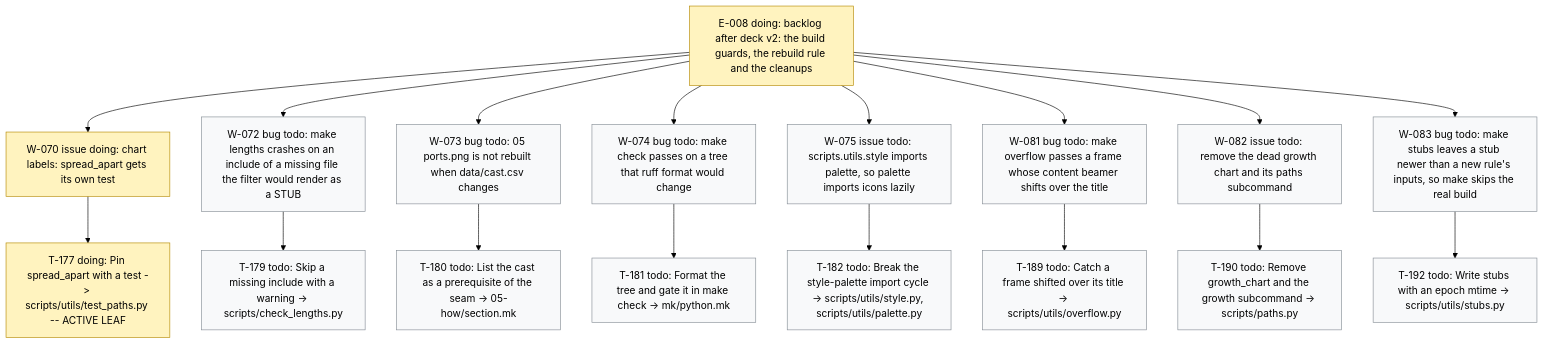
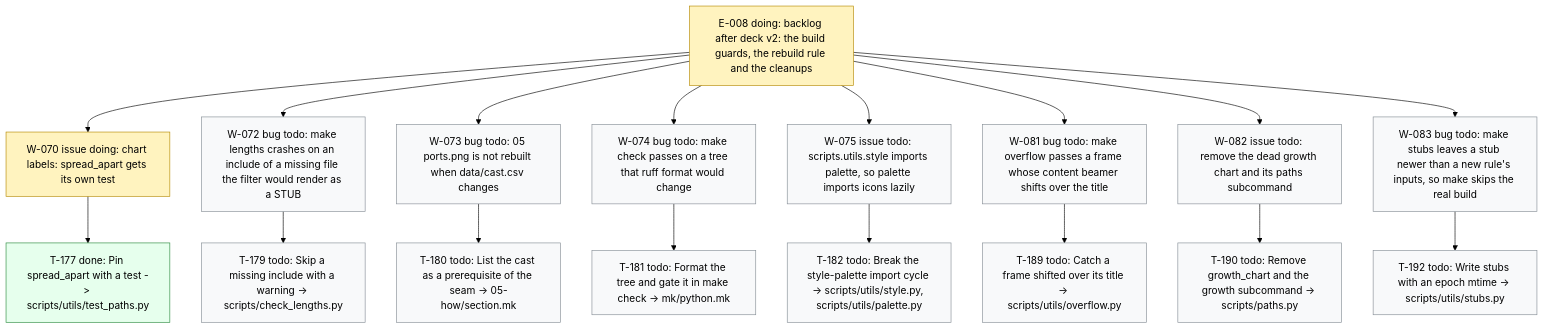
Before and after one commit to dpopchev/chaos-to-simple: the diagram in .board/BOARD.md, drawn with Mermaid (forest theme). The commit also changed other lines of this file and 1 other file, not shown here.

Commit message:
chore(board): close T-177 -- W-070 ready to land
Refs: W-070 T-177

````diff
--- a/.board/BOARD.md
+++ b/.board/BOARD.md
@@ -485,27 +485,28 @@
 ```mermaid
 flowchart TD
   E008["E-008 doing: backlog after deck v2: the build guards, the rebuild rule and the cleanups"]
   E008 --> W070["W-070 issue doing: chart labels: spread_apart gets its own test"]
-  W070 --> T177["T-177 doing: Pin spread_apart with a test -> scripts/utils/test_paths.py -- ACTIVE LEAF"]
+  W070 --> T177["T-177 done: Pin spread_apart with a test -> scripts/utils/test_paths.py"]
   E008 --> W072["W-072 bug todo: make lengths crashes on an include of a missing file the filter would render as a STUB"]
   W072 --> T179["T-179 todo: Skip a missing include with a warning -> scripts/check_lengths.py"]
   E008 --> W073["W-073 bug todo: 05 ports.png is not rebuilt when data/cast.csv changes"]
   W073 --> T180["T-180 todo: List the cast as a prerequisite of the seam -> 05-how/section.mk"]
   E008 --> W074["W-074 bug todo: make check passes on a tree that ruff format would change"]
   W074 --> T181["T-181 todo: Format the tree and gate it in make check -> mk/python.mk"]
   E008 --> W075["W-075 issue todo: scripts.utils.style imports palette, so palette imports icons lazily"]
   W075 --> T182["T-182 todo: Break the style-palette import cycle -> scripts/utils/style.py, scripts/utils/palette.py"]
   E008 --> W081["W-081 bug todo: make overflow passes a frame whose content beamer shifts over the title"]
   W081 --> T189["T-189 todo: Catch a frame shifted over its title -> scripts/utils/overflow.py"]
   E008 --> W082["W-082 issue todo: remove the dead growth chart and its paths subcommand"]
   W082 --> T190["T-190 todo: Remove growth_chart and the growth subcommand -> scripts/paths.py"]
   E008 --> W083["W-083 bug todo: make stubs leaves a stub newer than a new rule's inputs, so make skips the real build"]
   W083 --> T192["T-192 todo: Write stubs with an epoch mtime -> scripts/utils/stubs.py"]
   classDef doing fill:#fff3bf,stroke:#b58900,color:#000;
   classDef blocked fill:#ffe3e3,stroke:#c92a2a,color:#000;
   classDef done fill:#e6ffed,stroke:#2b8a3e,color:#000;
   classDef todo fill:#f8f9fa,stroke:#868e96,color:#000;
   classDef pruned fill:#f1f3f5,stroke:#adb5bd,color:#000;
-  class E008,W070,T177 doing
+  class E008,W070 doing
+  class T177 done
   class W072,T179,W073,T180,W074,T181,W075,T182,W081,T189,W082,T190,W083,T192 todo
 ```
````
